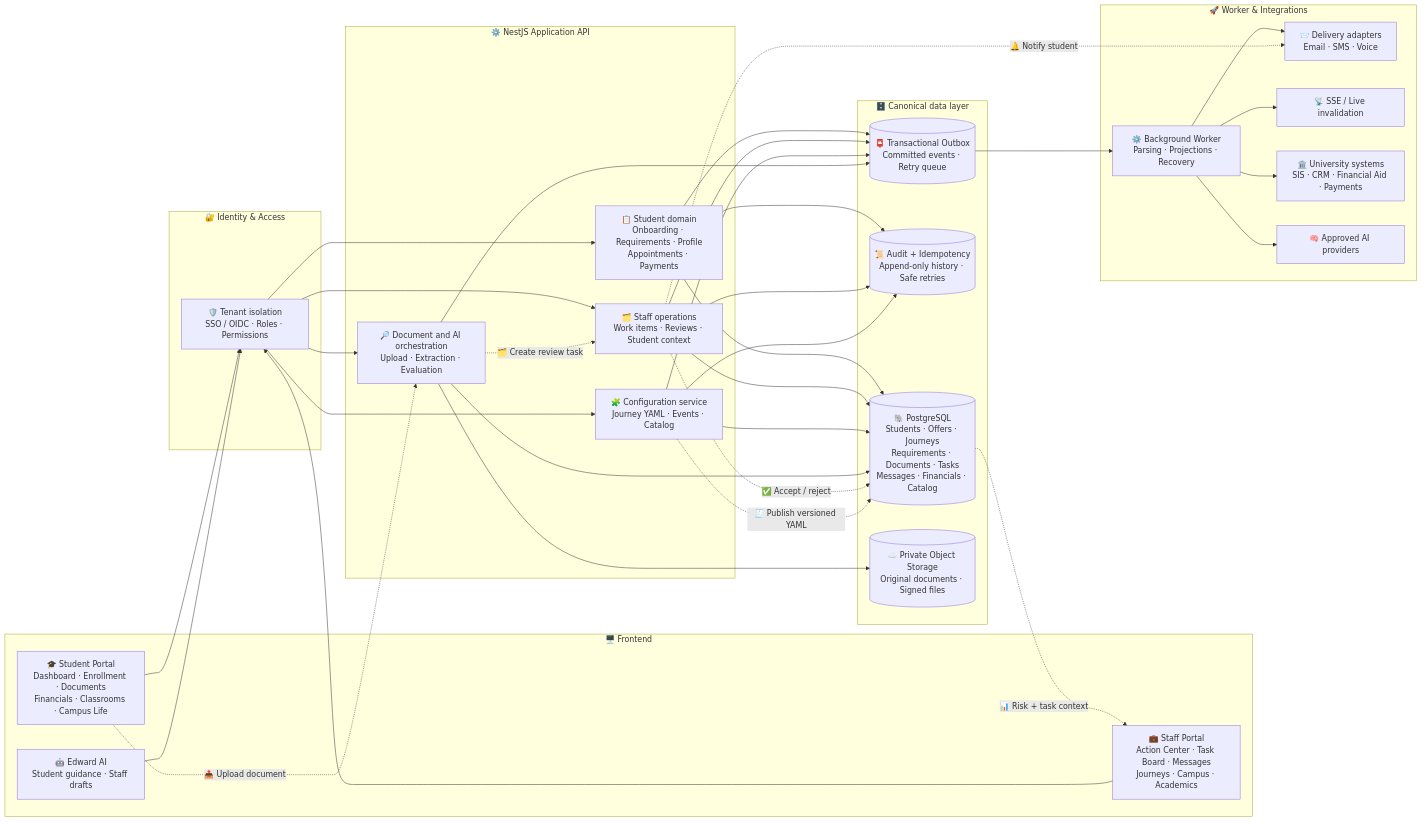
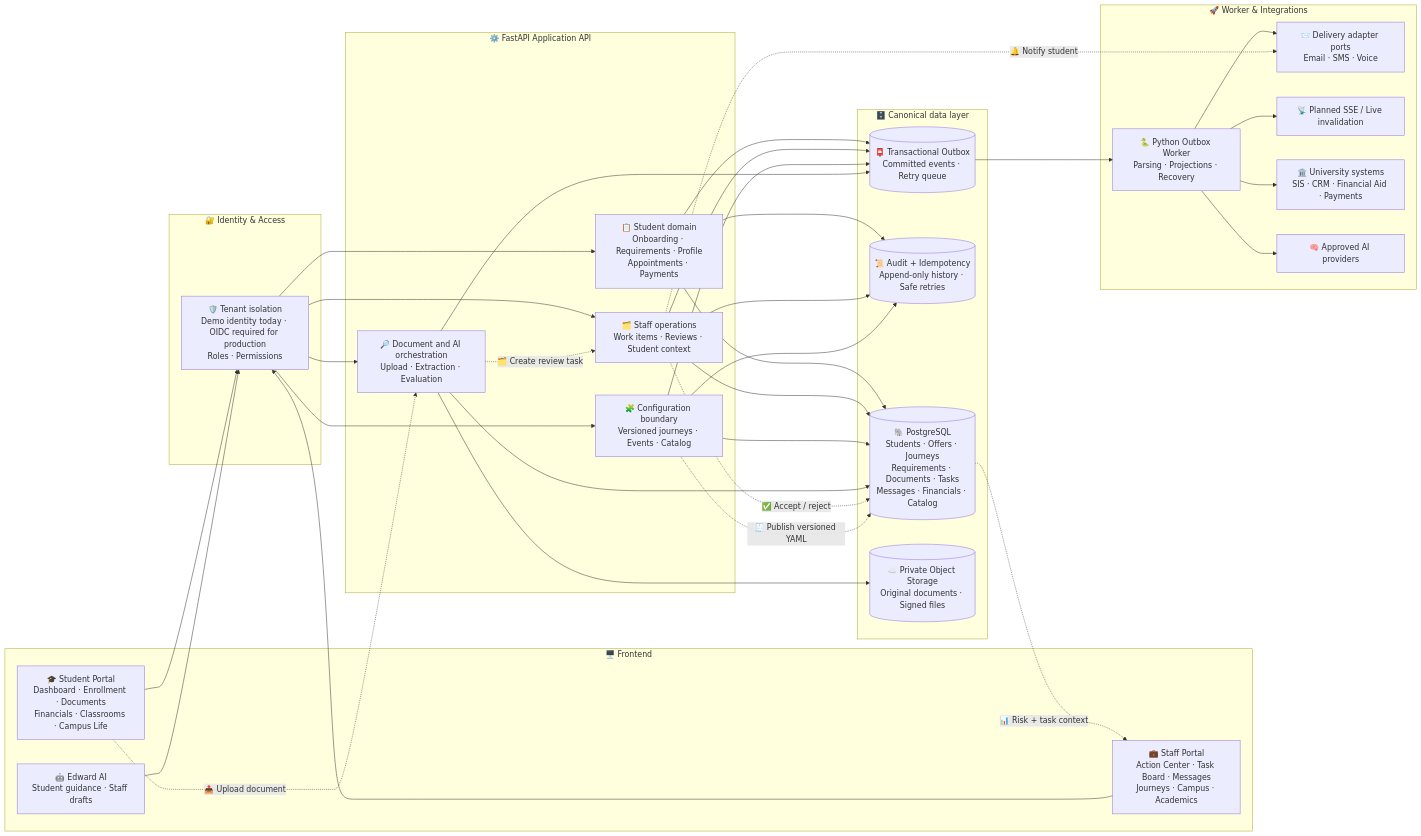
Before and after one commit to dhairya2801/audentra-platform-demo: the diagram in docs/architecture/student-staff-system.drawio-mermaid.md, drawn with Mermaid. The commit also changed 270 other files, not shown here.

Commit message:
feat: replace platform backend with FastAPI

````diff
--- a/docs/architecture/student-staff-system.drawio-mermaid.md
+++ b/docs/architecture/student-staff-system.drawio-mermaid.md
@@ -6,71 +6,71 @@
 ```mermaid
 flowchart LR
   subgraph FE["🖥️ Frontend"]
     Student["🎓 Student Portal<br/>Dashboard · Enrollment · Documents<br/>Financials · Classrooms · Campus Life"]
     Staff["💼 Staff Portal<br/>Action Center · Task Board · Messages<br/>Journeys · Campus · Academics"]
     Edward["🤖 Edward AI<br/>Student guidance · Staff drafts"]
   end
 
   subgraph Identity["🔐 Identity & Access"]
-    Auth["🛡️ Tenant isolation<br/>SSO / OIDC · Roles · Permissions"]
+    Auth["🛡️ Tenant isolation<br/>Demo identity today · OIDC required for production<br/>Roles · Permissions"]
   end
 
-  subgraph BE["⚙️ NestJS Application API"]
+  subgraph BE["⚙️ FastAPI Application API"]
     StudentAPI["📋 Student domain<br/>Onboarding · Requirements · Profile<br/>Appointments · Payments"]
     StaffAPI["🗂️ Staff operations<br/>Work items · Reviews · Student context"]
-    ConfigAPI["🧩 Configuration service<br/>Journey YAML · Events · Catalog"]
+    ConfigAPI["🧩 Configuration boundary<br/>Versioned journeys · Events · Catalog"]
     DocAPI["🔎 Document and AI orchestration<br/>Upload · Extraction · Evaluation"]
   end
 
   subgraph Data["🗄️ Canonical data layer"]
     PG[("🐘 PostgreSQL<br/>Students · Offers · Journeys<br/>Requirements · Documents · Tasks<br/>Messages · Financials · Catalog")]
     Audit[("📜 Audit + Idempotency<br/>Append-only history · Safe retries")]
     Outbox[("📮 Transactional Outbox<br/>Committed events · Retry queue")]
     Storage[("☁️ Private Object Storage<br/>Original documents · Signed files")]
   end
 
   subgraph Async["🚀 Worker & Integrations"]
-    Worker["⚙️ Background Worker<br/>Parsing · Projections · Recovery"]
-    Notify["📨 Delivery adapters<br/>Email · SMS · Voice"]
-    Realtime["📡 SSE / Live invalidation"]
+    Worker["🐍 Python Outbox Worker<br/>Parsing · Projections · Recovery"]
+    Notify["📨 Delivery adapter ports<br/>Email · SMS · Voice"]
+    Realtime["📡 Planned SSE / Live invalidation"]
     University["🏛️ University systems<br/>SIS · CRM · Financial Aid · Payments"]
     AI["🧠 Approved AI providers"]
   end
 
   Student --> Auth
   Staff --> Auth
   Edward --> Auth
 
   Auth --> StudentAPI
   Auth --> StaffAPI
   Auth --> ConfigAPI
   Auth --> DocAPI
 
   StudentAPI --> PG
   StaffAPI --> PG
   ConfigAPI --> PG
   DocAPI --> PG
   DocAPI --> Storage
 
   StudentAPI --> Audit
   StaffAPI --> Audit
   ConfigAPI --> Audit
 
   StudentAPI --> Outbox
   StaffAPI --> Outbox
   ConfigAPI --> Outbox
   DocAPI --> Outbox
 
   Outbox --> Worker
   Worker --> Notify
   Worker --> Realtime
   Worker --> University
   Worker --> AI
 
   Student -. "📤 Upload document" .-> DocAPI
   DocAPI -. "🗂️ Create review task" .-> StaffAPI
   StaffAPI -. "✅ Accept / reject" .-> PG
   StaffAPI -. "🔔 Notify student" .-> Notify
   ConfigAPI -. "🧾 Publish versioned YAML" .-> PG
   PG -. "📊 Risk + task context" .-> Staff
 ```
````
